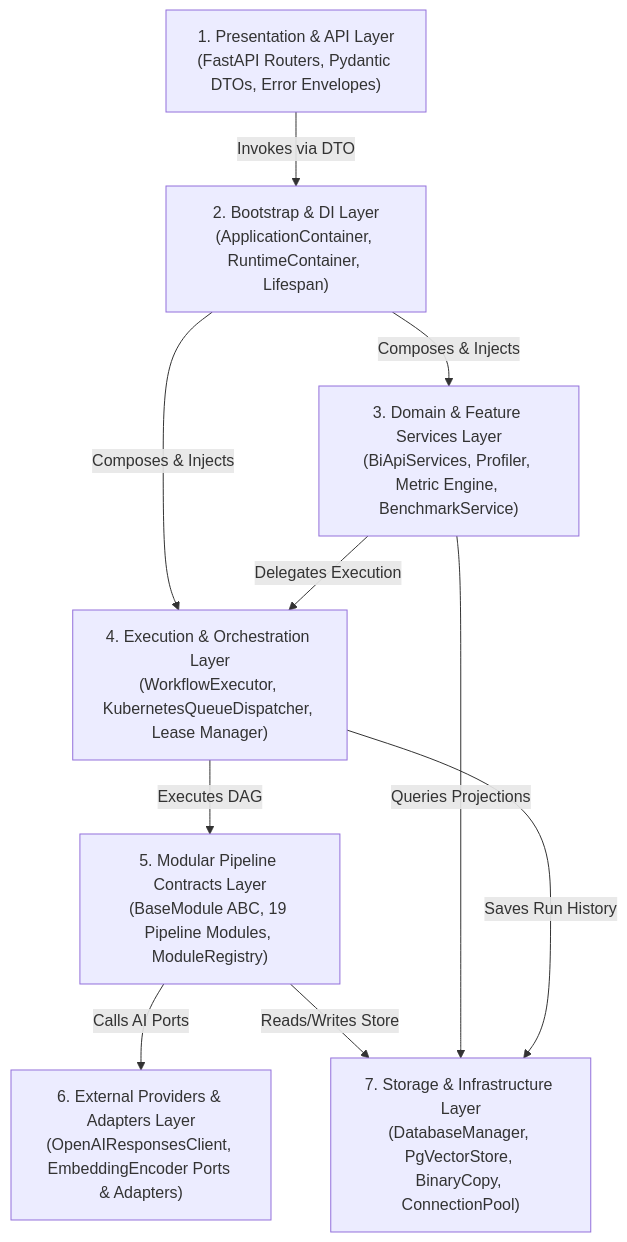
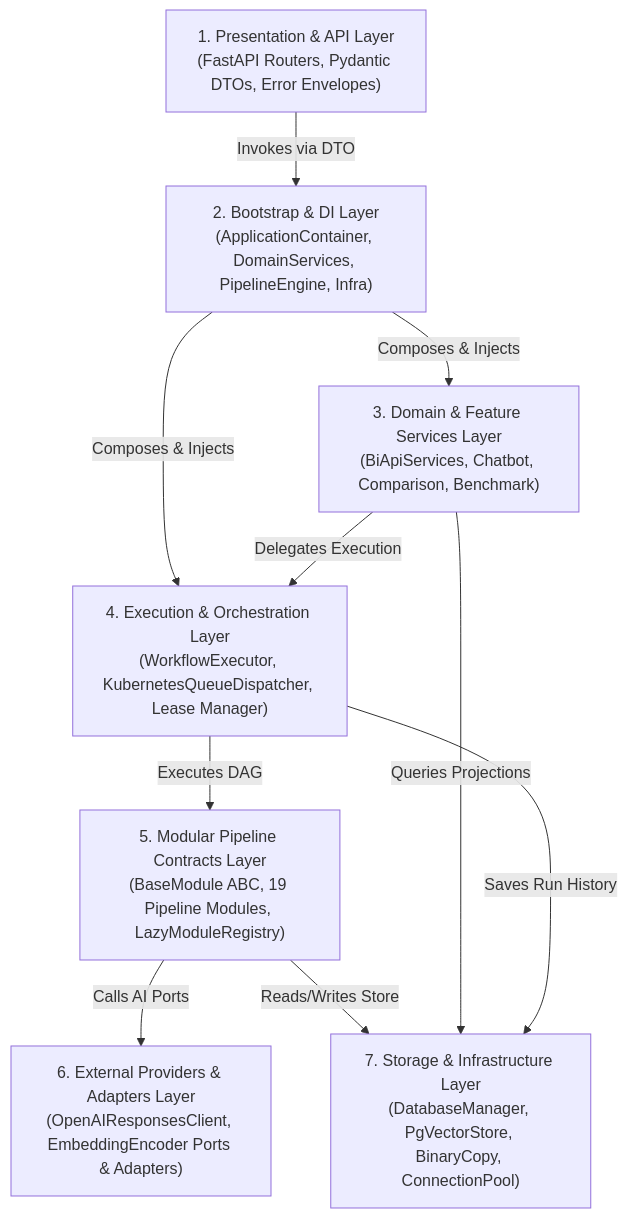
One commit to bist-mini-final/bist-mini-final changed the first of 2 diagrams in docs/01_system_blueprints/BP-102_backend_layered_architecture.md. Above: the diagram before and after it, drawn with Mermaid. The commit also changed other lines of this file, not shown here.

Commit message:
docs: formalize 7-Layer Screaming Architecture directory layout in BP-102

````diff
--- a/docs/01_system_blueprints/BP-102_backend_layered_architecture.md
+++ b/docs/01_system_blueprints/BP-102_backend_layered_architecture.md
@@ -11,20 +11,20 @@
 ```mermaid
 graph TD
     L1["1. Presentation & API Layer<br>(FastAPI Routers, Pydantic DTOs, Error Envelopes)"]
-    L2["2. Bootstrap & DI Layer<br>(ApplicationContainer, RuntimeContainer, Lifespan)"]
-    L3["3. Domain & Feature Services Layer<br>(BiApiServices, Profiler, Metric Engine, BenchmarkService)"]
+    L2["2. Bootstrap & DI Layer<br>(ApplicationContainer, DomainServices, PipelineEngine, Infra)"]
+    L3["3. Domain & Feature Services Layer<br>(BiApiServices, Chatbot, Comparison, Benchmark)"]
     L4["4. Execution & Orchestration Layer<br>(WorkflowExecutor, KubernetesQueueDispatcher, Lease Manager)"]
-    L5["5. Modular Pipeline Contracts Layer<br>(BaseModule ABC, 19 Pipeline Modules, ModuleRegistry)"]
+    L5["5. Modular Pipeline Contracts Layer<br>(BaseModule ABC, 19 Pipeline Modules, LazyModuleRegistry)"]
     L6["6. External Providers & Adapters Layer<br>(OpenAIResponsesClient, EmbeddingEncoder Ports & Adapters)"]
     L7["7. Storage & Infrastructure Layer<br>(DatabaseManager, PgVectorStore, BinaryCopy, ConnectionPool)"]
 
     L1 -->|Invokes via DTO| L2
     L2 -->|Composes & Injects| L3
     L2 -->|Composes & Injects| L4
     L3 -->|Delegates Execution| L4
     L4 -->|Executes DAG| L5
     L5 -->|Calls AI Ports| L6
     L5 -->|Reads/Writes Store| L7
     L3 -->|Queries Projections| L7
     L4 -->|Saves Run History| L7
 ```
````
